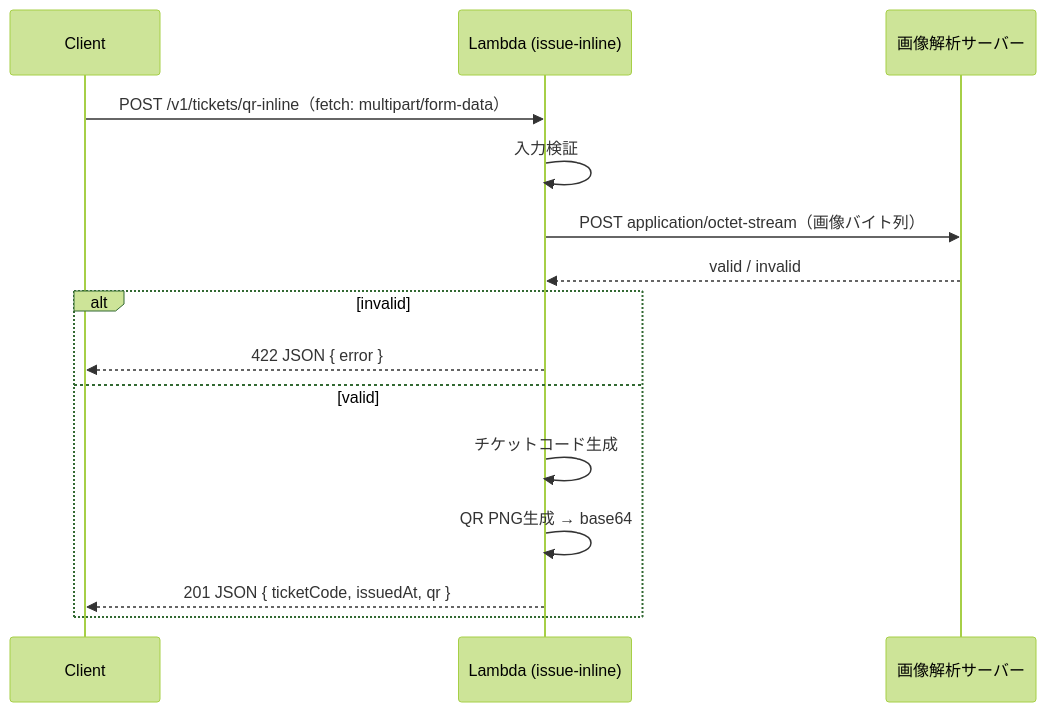
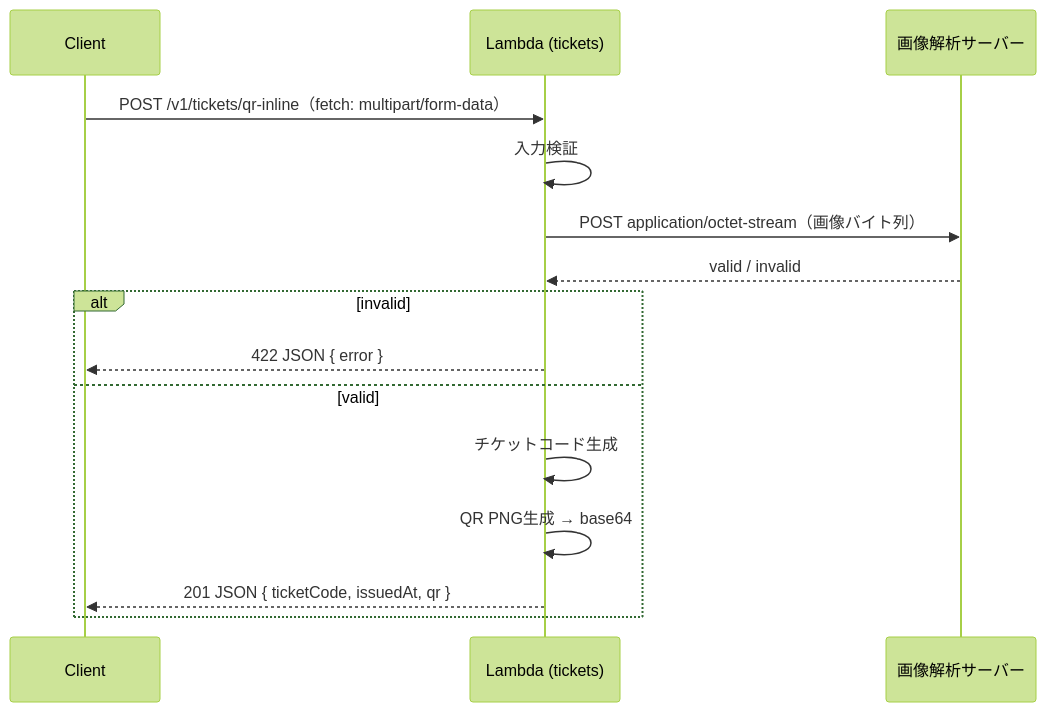
One commit to rxsxkxd/pk changed the second of 5 diagrams in docs/st/DESIGN.md. Above: the diagram before and after it, drawn with Mermaid (forest theme). The commit also changed other lines of this file and 14 other files, not shown here.

````diff
--- a/docs/st/DESIGN.md
+++ b/docs/st/DESIGN.md
@@ -77,18 +77,18 @@
 ```mermaid
 sequenceDiagram
   participant C as Client
-  participant L as Lambda (issue-inline)
+  participant L as Lambda (tickets)
   participant IA as 画像解析サーバー
 
   C->>L: POST /v1/tickets/qr-inline（fetch: multipart/form-data）
   L->>L: 入力検証
   L->>IA: POST application/octet-stream（画像バイト列）
   IA-->>L: valid / invalid
   alt invalid
     L-->>C: 422 JSON { error }
   else valid
     L->>L: チケットコード生成
     L->>L: QR PNG生成 → base64
     L-->>C: 201 JSON { ticketCode, issuedAt, qr }
   end
 ```
````
